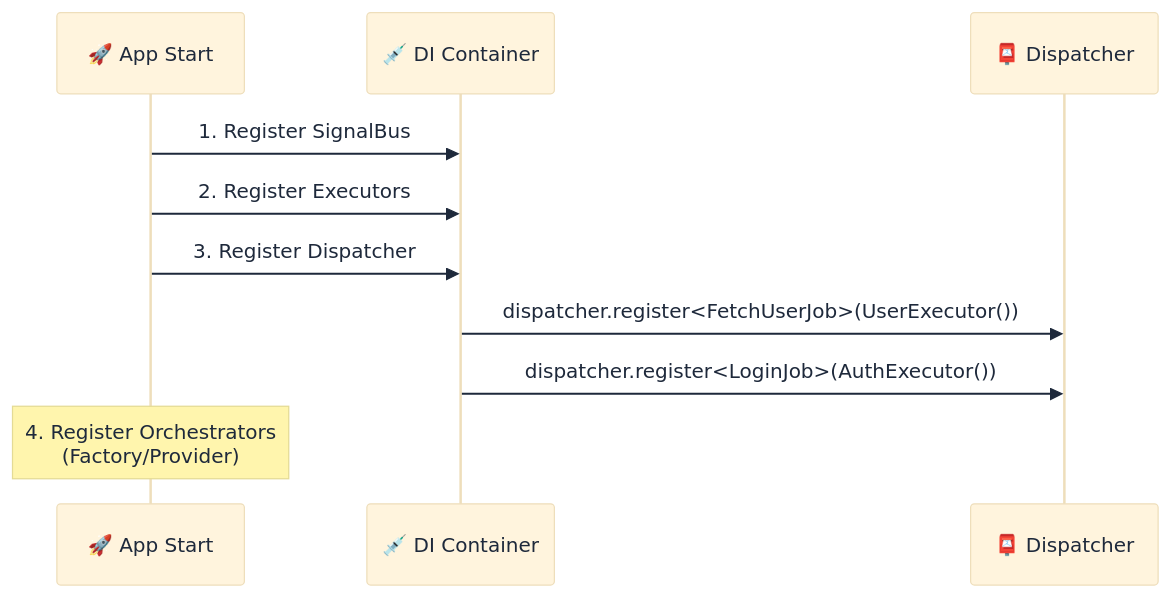
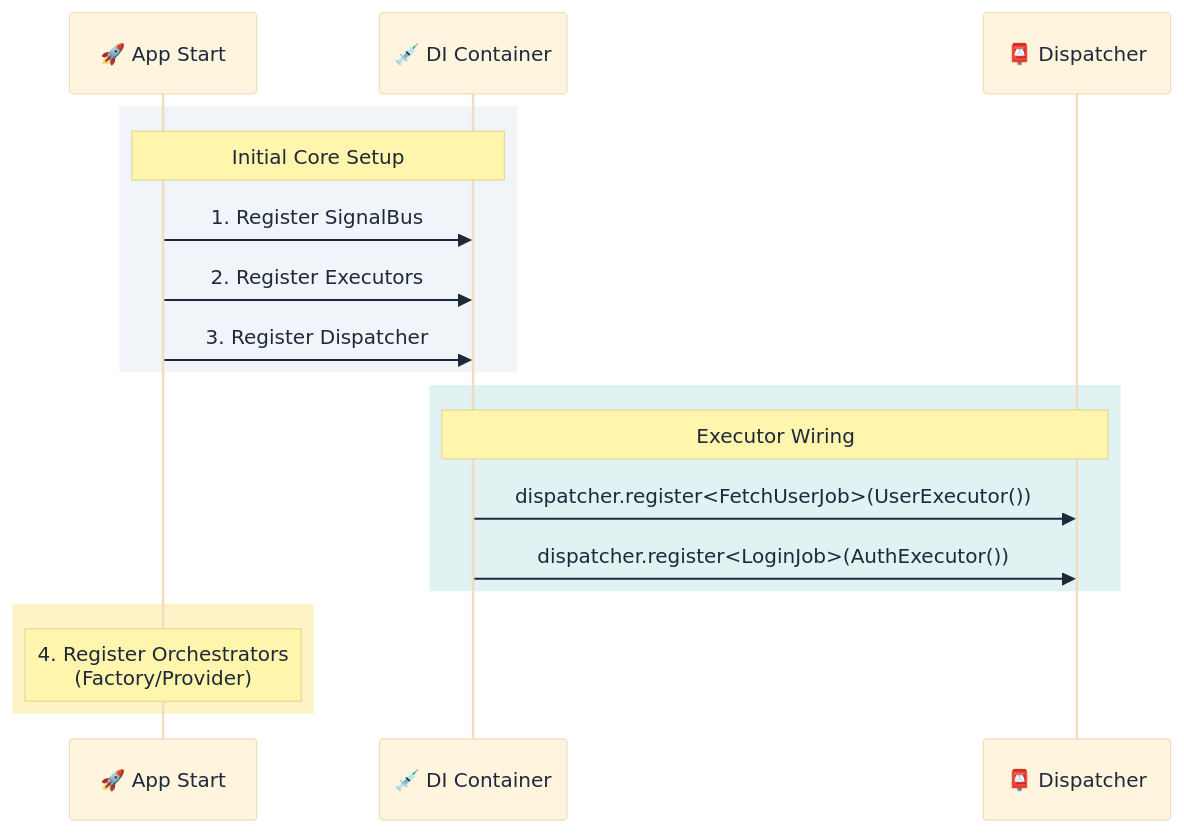
One commit to lploc94/flutter_orchestrator changed the ninth of 14 diagrams in book/chapters/07_best_practices.md. Above: the diagram before and after it, drawn with Mermaid. The commit also changed 5 other files, not shown here.

First line of the commit message:
docs(book): finalize beautification of all Mermaid diagrams

````diff
--- a/book/chapters/07_best_practices.md
+++ b/book/chapters/07_best_practices.md
@@ -281,16 +281,24 @@
 ```mermaid
 %%{init: {'theme': 'base', 'themeVariables': { 'primaryTextColor': '#1e293b', 'noteTextColor': '#1e293b', 'actorTextColor': '#1e293b' }}}%%
 sequenceDiagram
     participant App as 🚀 App Start
     participant DI as 💉 DI Container
     participant Disp as 📮 Dispatcher
     
-    App->>DI: 1. Register SignalBus
-    App->>DI: 2. Register Executors
-    App->>DI: 3. Register Dispatcher
+    rect rgb(241, 245, 249)
+        Note over App,DI: Initial Core Setup
+        App->>DI: 1. Register SignalBus
+        App->>DI: 2. Register Executors
+        App->>DI: 3. Register Dispatcher
+    end
     
-    DI->>Disp: dispatcher.register<FetchUserJob>(UserExecutor())
-    DI->>Disp: dispatcher.register<LoginJob>(AuthExecutor())
+    rect rgb(224, 242, 241)
+        Note over DI,Disp: Executor Wiring
+        DI->>Disp: dispatcher.register<FetchUserJob>(UserExecutor())
+        DI->>Disp: dispatcher.register<LoginJob>(AuthExecutor())
+    end
     
-    Note over App: 4. Register Orchestrators<br/>(Factory/Provider)
+    rect rgb(254, 243, 199)
+        Note over App: 4. Register Orchestrators<br/>(Factory/Provider)
+    end
 ```
````
